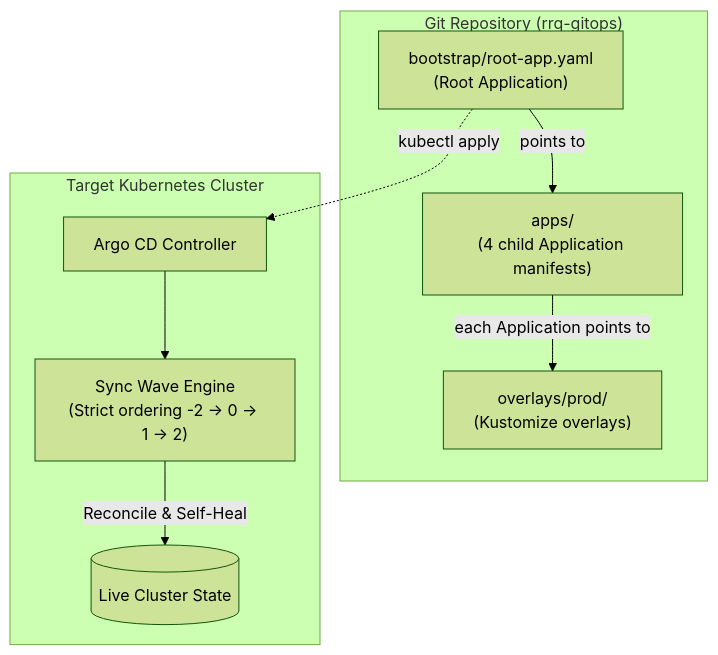
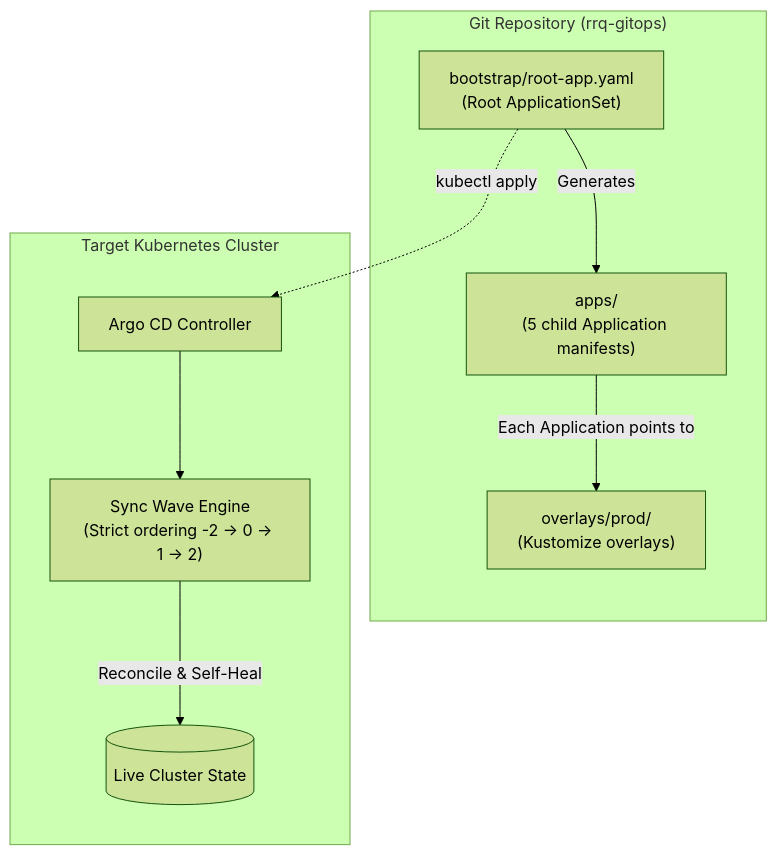
The diagram in docs/ARCHITECTURE.md (Joel-Ajayi/rrq-gitops), drawn with Mermaid (forest theme) before and after one commit. The commit also changed other lines of this file and 7 other files, not shown here.

Commit message:
docs: update architecture and observability documentation; enhance load testing metrics and capacity engine details

````diff
--- a/docs/ARCHITECTURE.md
+++ b/docs/ARCHITECTURE.md
@@ -16,22 +11,22 @@
 ```mermaid
-%%{init: {"flowchart": {"useMaxWidth": true, "nodeSpacing": 30, "rankSpacing": 40}}}%%
+%%{init: {"flowchart": {"useMaxWidth": true, "nodeSpacing": 60, "rankSpacing": 80, "curve": "basis"}}}%%
 graph TD
-  subgraph "Git Repository (rrq-gitops)"
-    rootApp["bootstrap/root-app.yaml<br/>(Root Application)"]
-    apps["apps/<br/>(4 child Application manifests)"]
+  subgraph GitRepo ["Git Repository (rrq-gitops)"]
+    rootApp["bootstrap/root-app.yaml<br/>(Root ApplicationSet)"]
+    apps["apps/<br/>(5 child Application manifests)"]
     overlays["overlays/prod/<br/>(Kustomize overlays)"]
 
-    rootApp -->|"points to"| apps
-    apps -->|"each Application points to"| overlays
+    rootApp -->|"Generates"| apps
+    apps -->|"Each Application points to"| overlays
   end
 
-  subgraph "Target Kubernetes Cluster"
+  subgraph K8sCluster ["Target Kubernetes Cluster"]
     argocd["Argo CD Controller"]
     waves["Sync Wave Engine<br/>(Strict ordering -2 → 0 → 1 → 2)"]
     cluster[("Live Cluster State")]
 
     rootApp -.->|"kubectl apply"| argocd
     argocd --> waves
     waves -->|"Reconcile & Self-Heal"| cluster
   end
 ```
````
